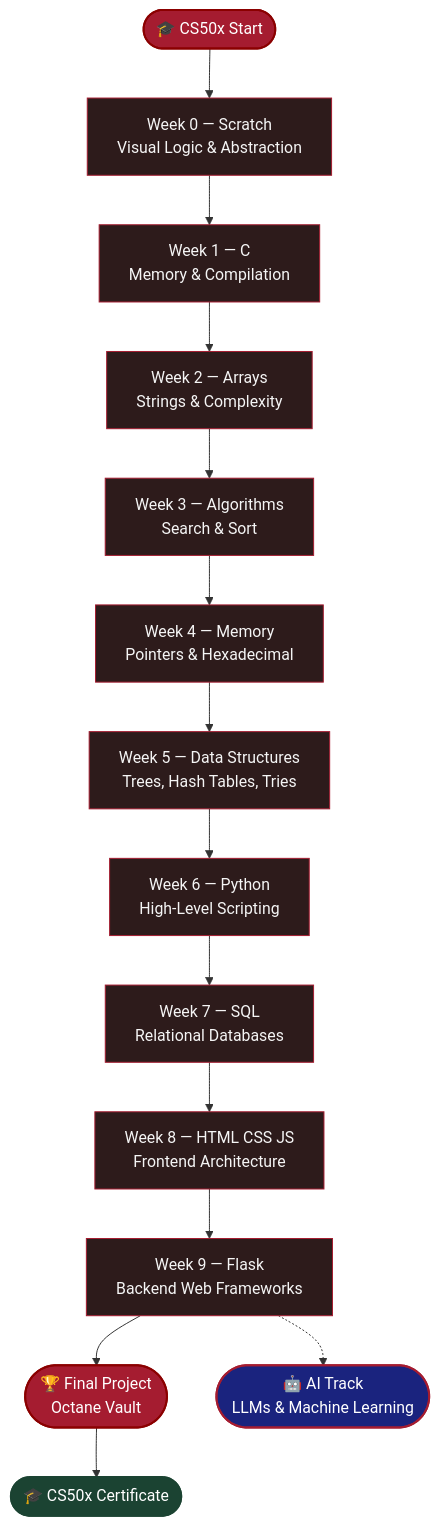
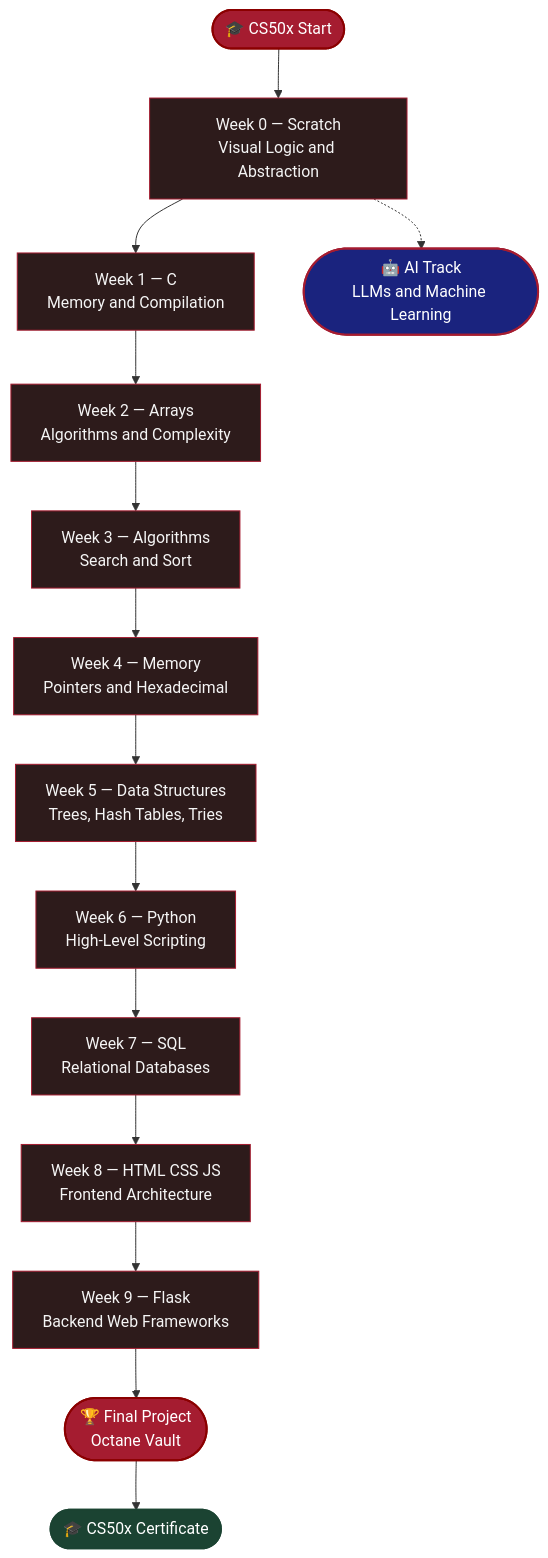
One commit to bavish007/cs50x changed the first of 2 diagrams in README.md. Above: the diagram before and after it, drawn with Mermaid. The commit also changed other lines of this file, not shown here.

````diff
--- a/README.md
+++ b/README.md
@@ -69,31 +63,43 @@
 ```mermaid
 flowchart TD
-    A([🎓 CS50x Start]) --> B[Week 0 — Scratch<br/>Visual Logic & Abstraction]
-    B --> C[Week 1 — C<br/>Memory & Compilation]
-    C --> D[Week 2 — Arrays<br/>Strings & Complexity]
-    D --> E[Week 3 — Algorithms<br/>Search & Sort]
-    E --> F[Week 4 — Memory<br/>Pointers & Hexadecimal]
-    F --> G[Week 5 — Data Structures<br/>Trees, Hash Tables, Tries]
-    G --> H[Week 6 — Python<br/>High-Level Scripting]
-    H --> I[Week 7 — SQL<br/>Relational Databases]
-    I --> J[Week 8 — HTML CSS JS<br/>Frontend Architecture]
-    J --> K[Week 9 — Flask<br/>Backend Web Frameworks]
-    K --> L([🏆 Final Project<br/>Octane Vault])
+    A([🎓 CS50x Start]) --> B[Week 0 — Scratch
+Visual Logic and Abstraction]
+    B --> C[Week 1 — C
+Memory and Compilation]
+    C --> D[Week 2 — Arrays
+Algorithms and Complexity]
+    D --> E[Week 3 — Algorithms
+Search and Sort]
+    E --> F[Week 4 — Memory
+Pointers and Hexadecimal]
+    F --> G[Week 5 — Data Structures
+Trees, Hash Tables, Tries]
+    G --> H[Week 6 — Python
+High-Level Scripting]
+    H --> I[Week 7 — SQL
+Relational Databases]
+    I --> J[Week 8 — HTML CSS JS
+Frontend Architecture]
+    J --> K[Week 9 — Flask
+Backend Web Frameworks]
+    K --> L([🏆 Final Project
+Octane Vault])
     L --> N([🎓 CS50x Certificate])
-    K -.-> M([🤖 AI Track<br/>LLMs & Machine Learning])
+    B -.-> M([🤖 AI Track
+LLMs and Machine Learning])
 
     style A fill:#A51C30,color:#fff,stroke:#8B0000,stroke-width:2px
     style L fill:#A51C30,color:#fff,stroke:#8B0000,stroke-width:2px
     style N fill:#1B4332,color:#fff,stroke:#1B4332,stroke-width:2px
     style M fill:#1a237e,color:#fff,stroke:#A51C30,stroke-width:2px
     style B fill:#2d1b1b,color:#f5f5f5,stroke:#A51C30
     style C fill:#2d1b1b,color:#f5f5f5,stroke:#A51C30
     style D fill:#2d1b1b,color:#f5f5f5,stroke:#A51C30
     style E fill:#2d1b1b,color:#f5f5f5,stroke:#A51C30
     style F fill:#2d1b1b,color:#f5f5f5,stroke:#A51C30
     style G fill:#2d1b1b,color:#f5f5f5,stroke:#A51C30
     style H fill:#2d1b1b,color:#f5f5f5,stroke:#A51C30
     style I fill:#2d1b1b,color:#f5f5f5,stroke:#A51C30
     style J fill:#2d1b1b,color:#f5f5f5,stroke:#A51C30
     style K fill:#2d1b1b,color:#f5f5f5,stroke:#A51C30
 ```
````
